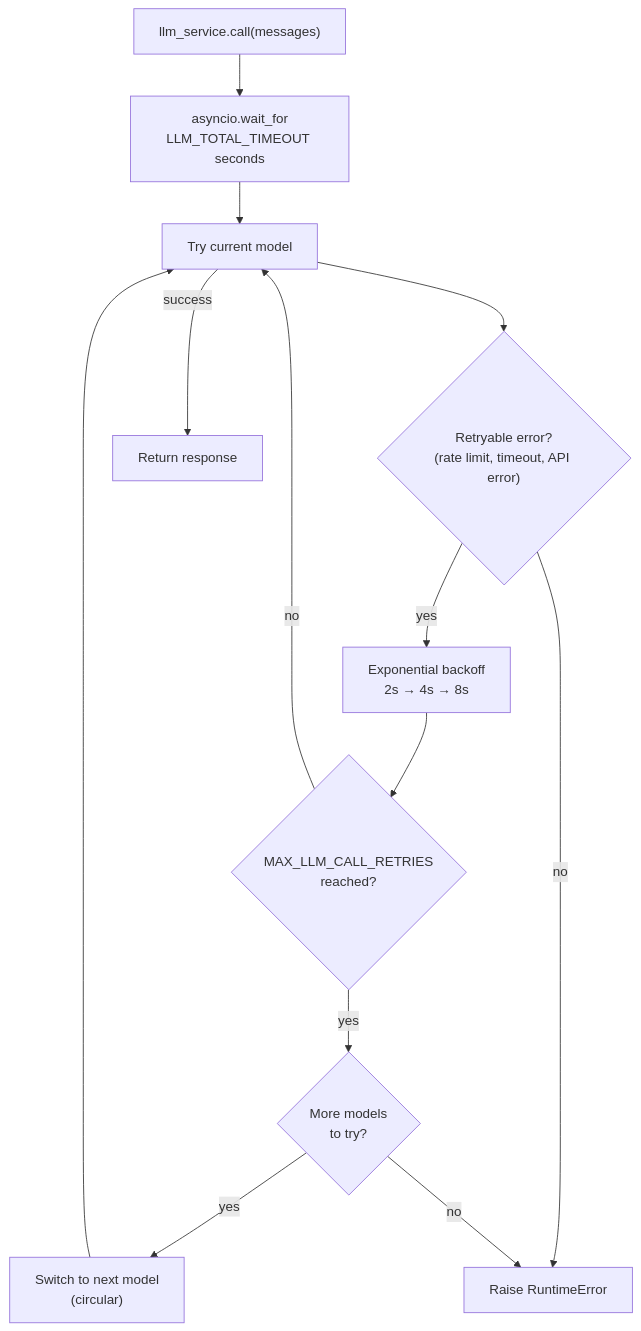
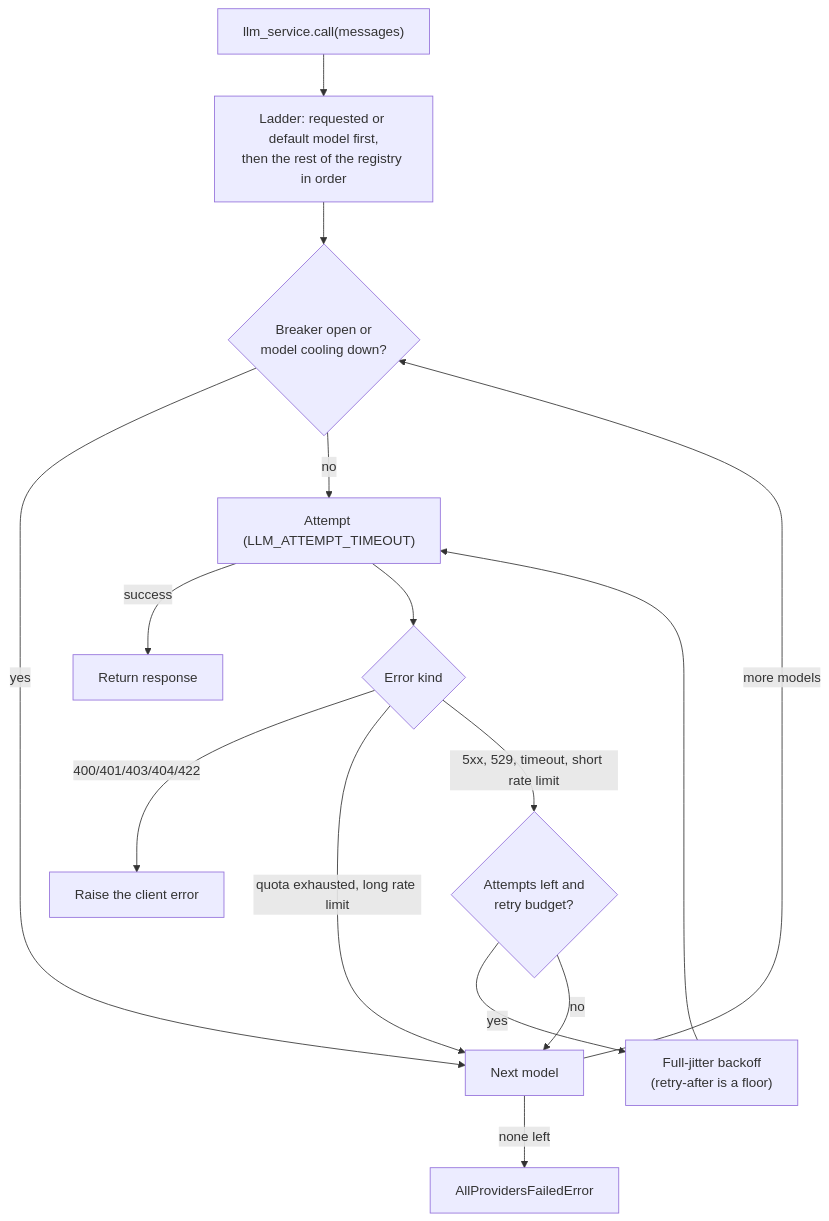
One commit to awun0105/ai-kit changed the diagram in docs/llm-service.md. Above: the diagram before and after it, drawn with Mermaid. The commit also changed other lines of this file and 108 other files, not shown here.

````diff
--- a/docs/llm-service.md
+++ b/docs/llm-service.md
@@ -37,23 +38,27 @@
 ```mermaid
 flowchart TD
     Call["llm_service.call(messages)"]
-    TotalTimeout["asyncio.wait_for\nLLM_TOTAL_TIMEOUT seconds"]
-    Try["Try current model"]
-    Retry{"Retryable error?\n(rate limit, timeout, API error)"}
-    MaxRetries{"MAX_LLM_CALL_RETRIES\nreached?"}
-    NextModel{"More models\nto try?"}
-    Backoff["Exponential backoff\n2s → 4s → 8s"]
-    Switch["Switch to next model\n(circular)"]
+    Ladder["Ladder: requested or default model first,\nthen the rest of the registry in order"]
+    Skip{"Breaker open or\nmodel cooling down?"}
+    Try["Attempt (LLM_ATTEMPT_TIMEOUT)"]
+    Kind{"Error kind"}
+    Retry{"Attempts left and\nretry budget?"}
+    Wait["Full-jitter backoff\n(retry-after is a floor)"]
+    Next["Next model"]
+    Raise["Raise the client error"]
+    Fail["AllProvidersFailedError"]
     Success["Return response"]
-    Fail["Raise RuntimeError"]
 
-    Call --> TotalTimeout --> Try
-    Try --> Retry
-    Retry -->|yes| Backoff --> MaxRetries
-    MaxRetries -->|no| Try
-    MaxRetries -->|yes| NextModel
-    Retry -->|no| Fail
-    NextModel -->|yes| Switch --> Try
-    NextModel -->|no| Fail
+    Call --> Ladder --> Skip
+    Skip -->|yes| Next
+    Skip -->|no| Try
     Try -->|success| Success
+    Try --> Kind
+    Kind -->|400/401/403/404/422| Raise
+    Kind -->|quota exhausted, long rate limit| Next
+    Kind -->|5xx, 529, timeout, short rate limit| Retry
+    Retry -->|yes| Wait --> Try
+    Retry -->|no| Next
+    Next -->|more models| Skip
+    Next -->|none left| Fail
 ```
````
